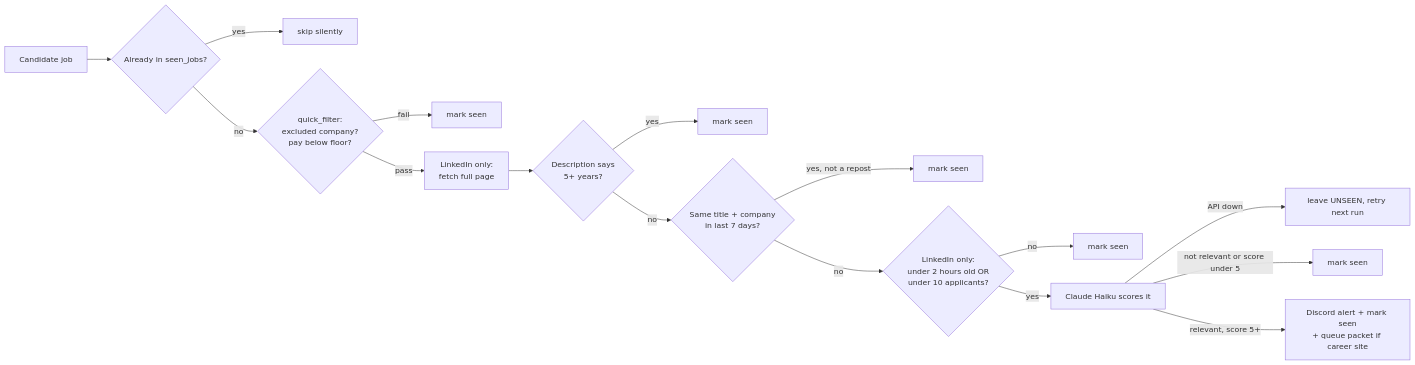
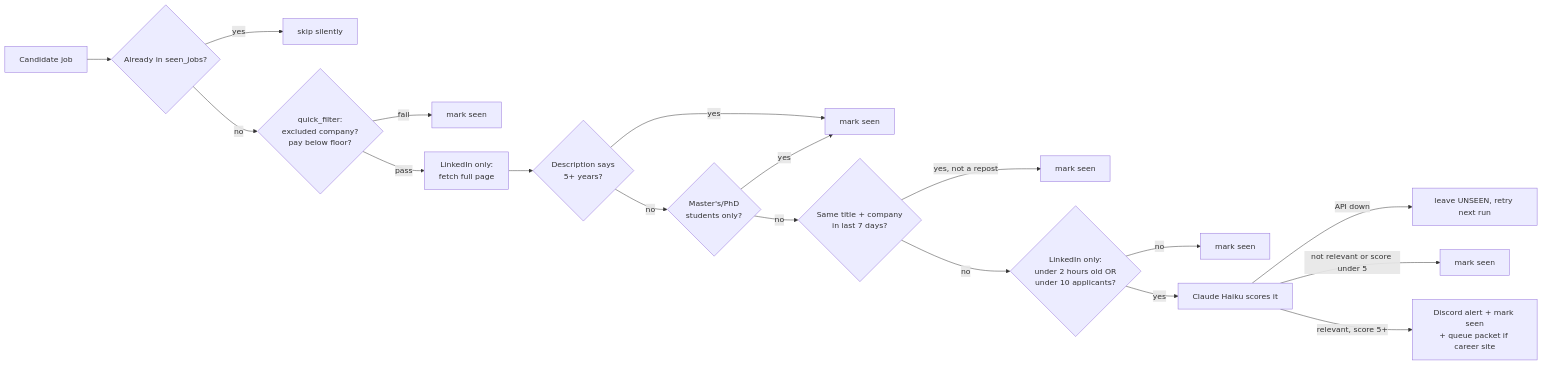
The third of 4 diagrams in docs/job-agent-explained.md (Haatim-Ali/job-agent-v2), drawn with Mermaid before and after one commit. The commit also changed other lines of this file and 4 other files, not shown here.

````diff
--- a/docs/job-agent-explained.md
+++ b/docs/job-agent-explained.md
@@ -347,18 +347,20 @@
 ```mermaid title="The filter funnel" page=landscape
 flowchart LR
   A[Candidate job] --> B{Already in seen_jobs?}
   B -->|yes| X1[skip silently]
   B -->|no| C{quick_filter:<br/>excluded company?<br/>pay below floor?}
   C -->|fail| X2[mark seen]
   C -->|pass| D[LinkedIn only:<br/>fetch full page]
   D --> E{Description says<br/>5+ years?}
   E -->|yes| X3[mark seen]
-  E -->|no| F{Same title + company<br/>in last 7 days?}
+  E -->|no| E2{Master's/PhD<br/>students only?}
+  E2 -->|yes| X3
+  E2 -->|no| F{Same title + company<br/>in last 7 days?}
   F -->|yes, not a repost| X4[mark seen]
   F -->|no| G{LinkedIn only:<br/>under 2 hours old OR<br/>under 10 applicants?}
   G -->|no| X5[mark seen]
   G -->|yes| H[Claude Haiku scores it]
   H -->|API down| X6[leave UNSEEN, retry next run]
   H -->|not relevant or score under 5| X7[mark seen]
   H -->|relevant, score 5+| I[Discord alert + mark seen<br/>+ queue packet if career site]
 ```
````
